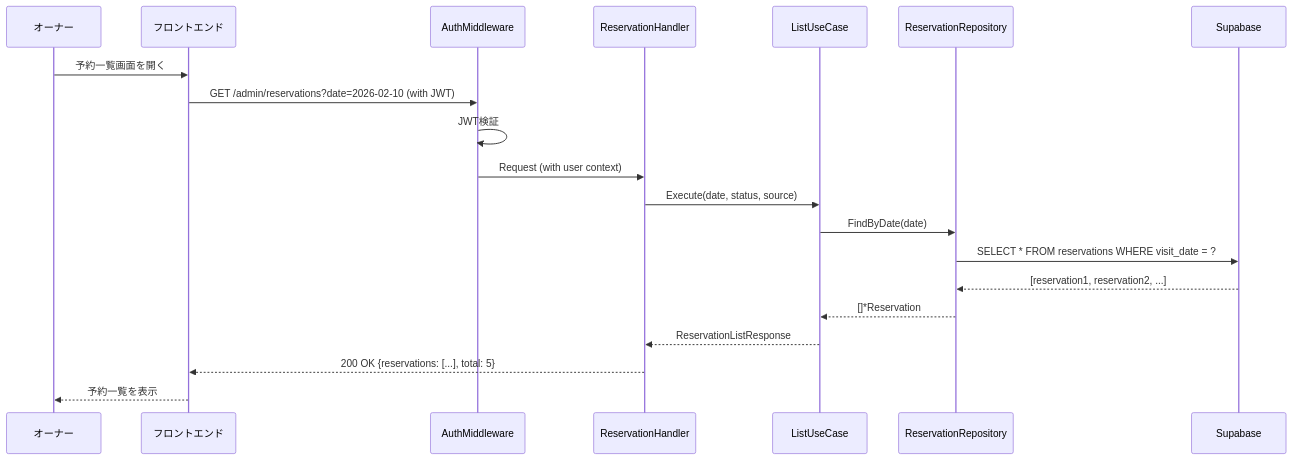
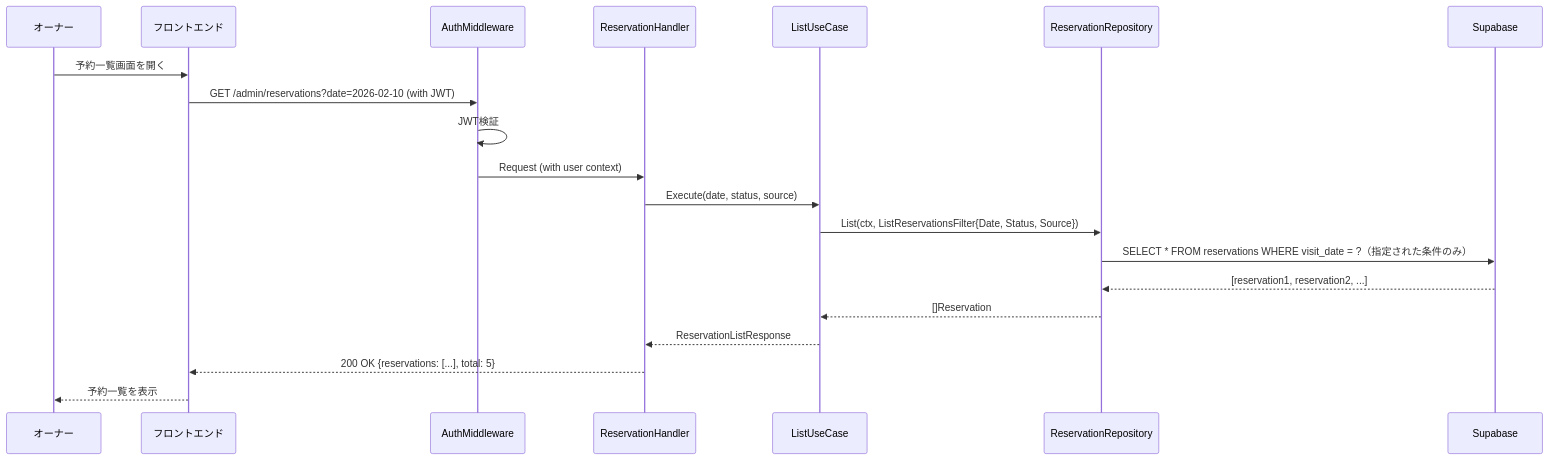
The seventh of 15 diagrams in docs/sequence.md (cergijame101007/satehits), drawn with Mermaid before and after one commit. The commit also changed other lines of this file and 5 other files, not shown here.

````diff
--- a/docs/sequence.md
+++ b/docs/sequence.md
@@ -266,26 +315,26 @@
 ```mermaid
 sequenceDiagram
     participant Owner as オーナー
     participant Frontend as フロントエンド
     participant Middleware as AuthMiddleware
     participant Handler as ReservationHandler
     participant UseCase as ListUseCase
     participant ReservationRepo as ReservationRepository
     participant DB as Supabase
 
     Owner->>Frontend: 予約一覧画面を開く
     Frontend->>Middleware: GET /admin/reservations?date=2026-02-10 (with JWT)
     
     Middleware->>Middleware: JWT検証
     Middleware->>Handler: Request (with user context)
     
     Handler->>UseCase: Execute(date, status, source)
-    UseCase->>ReservationRepo: FindByDate(date)
-    ReservationRepo->>DB: SELECT * FROM reservations WHERE visit_date = ?
+    UseCase->>ReservationRepo: List(ctx, ListReservationsFilter{Date, Status, Source})
+    ReservationRepo->>DB: SELECT * FROM reservations WHERE visit_date = ?（指定された条件のみ）
     DB-->>ReservationRepo: [reservation1, reservation2, ...]
-    ReservationRepo-->>UseCase: []*Reservation
+    ReservationRepo-->>UseCase: []Reservation
     
     UseCase-->>Handler: ReservationListResponse
     Handler-->>Frontend: 200 OK {reservations: [...], total: 5}
     Frontend-->>Owner: 予約一覧を表示
 ```
````
